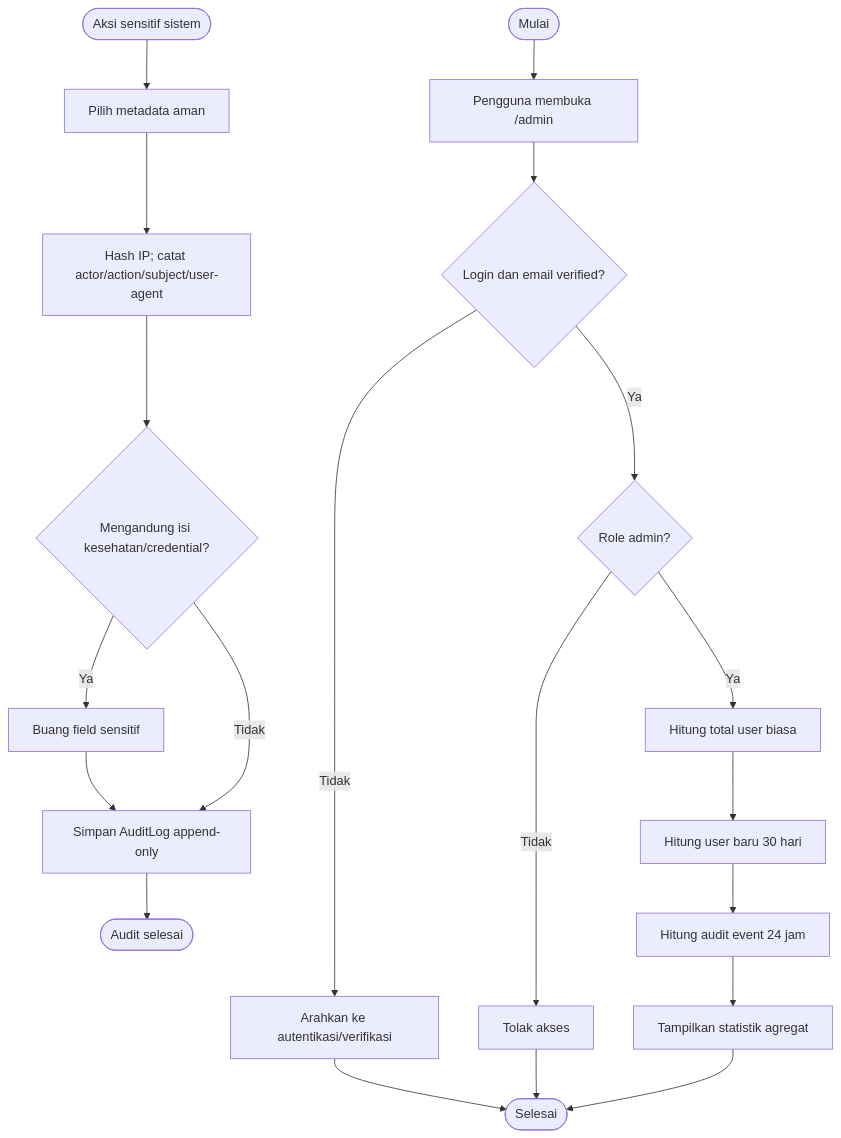
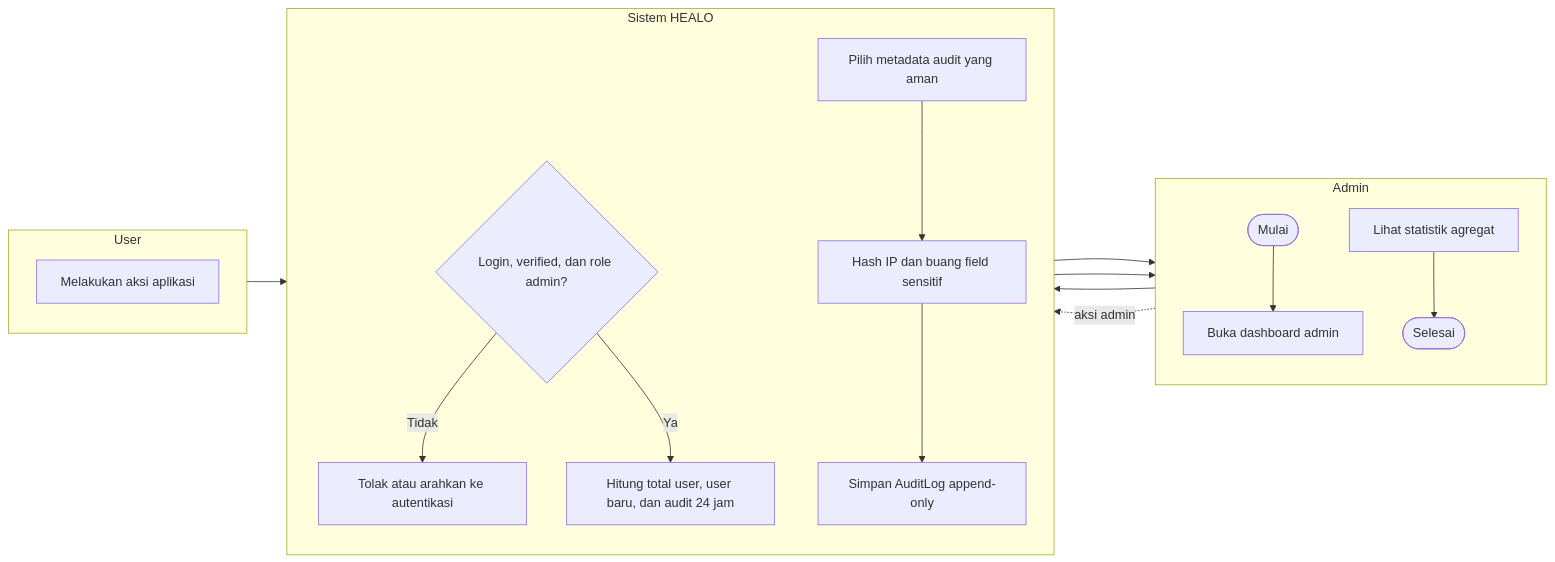
Diagram 11 of 11 in docs/system-analysis/03-activity-diagrams.md (Daffa-Qiao/Healo), drawn with Mermaid before and after one commit. The commit also changed other lines of this file and 4 other files, not shown here.

Commit message:
renew diagram

````diff
--- a/docs/system-analysis/03-activity-diagrams.md
+++ b/docs/system-analysis/03-activity-diagrams.md
@@ -333,23 +455,32 @@
 ```mermaid
-flowchart TD
-    A([Mulai]) --> B[Pengguna membuka /admin]
-    B --> C{Login dan email verified?}
-    C -- Tidak --> D[Arahkan ke autentikasi/verifikasi]
-    C -- Ya --> E{Role admin?}
-    E -- Tidak --> F[Tolak akses]
-    E -- Ya --> G[Hitung total user biasa]
-    G --> H[Hitung user baru 30 hari]
-    H --> I[Hitung audit event 24 jam]
-    I --> J[Tampilkan statistik agregat]
-    J --> K([Selesai])
-    D --> K
-    F --> K
+flowchart LR
+    subgraph U["User"]
+        direction TB
+        U1[Melakukan aksi aplikasi]
+    end
 
-    L([Aksi sensitif sistem]) --> M[Pilih metadata aman]
-    M --> N[Hash IP; catat actor/action/subject/user-agent]
-    N --> O{Mengandung isi kesehatan/credential?}
-    O -- Ya --> P[Buang field sensitif]
-    O -- Tidak --> Q[Simpan AuditLog append-only]
-    P --> Q
-    Q --> R([Audit selesai])
+    subgraph A["Admin"]
+        direction TB
+        A1([Mulai])
+        A2[Buka dashboard admin]
+        A3[Lihat statistik agregat]
+        A4([Selesai])
+    end
+
+    subgraph S["Sistem HEALO"]
+        direction TB
+        S1{Login, verified, dan role admin?}
+        S2[Hitung total user, user baru, dan audit 24 jam]
+        S3[Tolak atau arahkan ke autentikasi]
+        S4[Pilih metadata audit yang aman]
+        S5[Hash IP dan buang field sensitif]
+        S6[Simpan AuditLog append-only]
+    end
+
+    A1 --> A2 --> S1
+    S1 -- Tidak --> S3 --> A4
+    S1 -- Ya --> S2 --> A3 --> A4
+    U1 --> S4
+    A2 -. aksi admin .-> S4
+    S4 --> S5 --> S6
 ```
````
